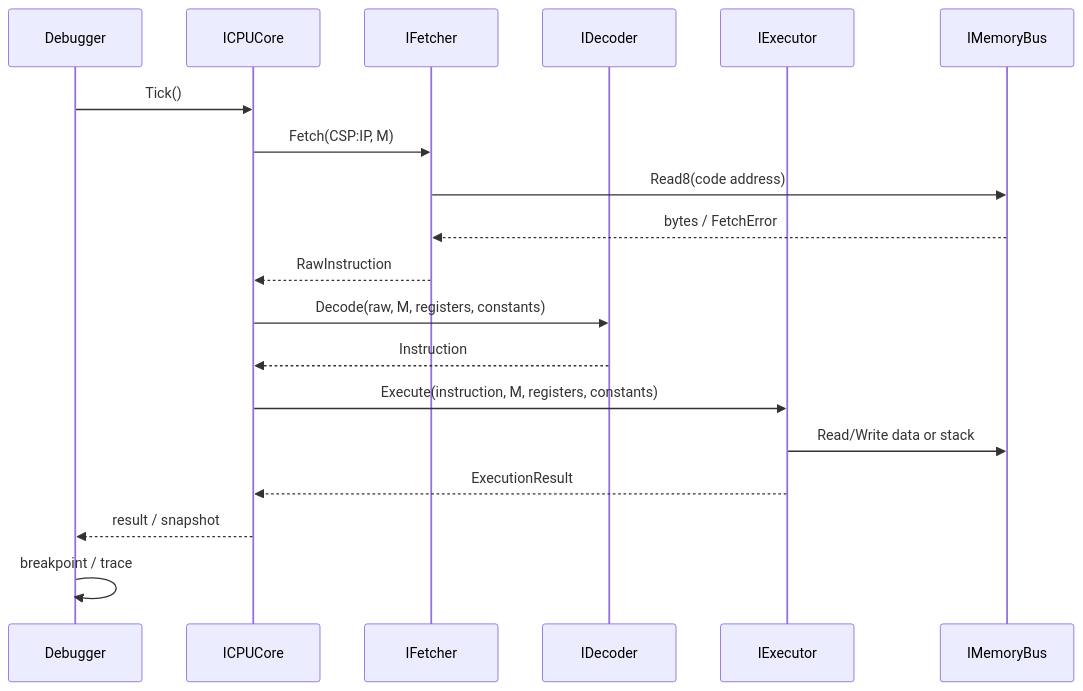
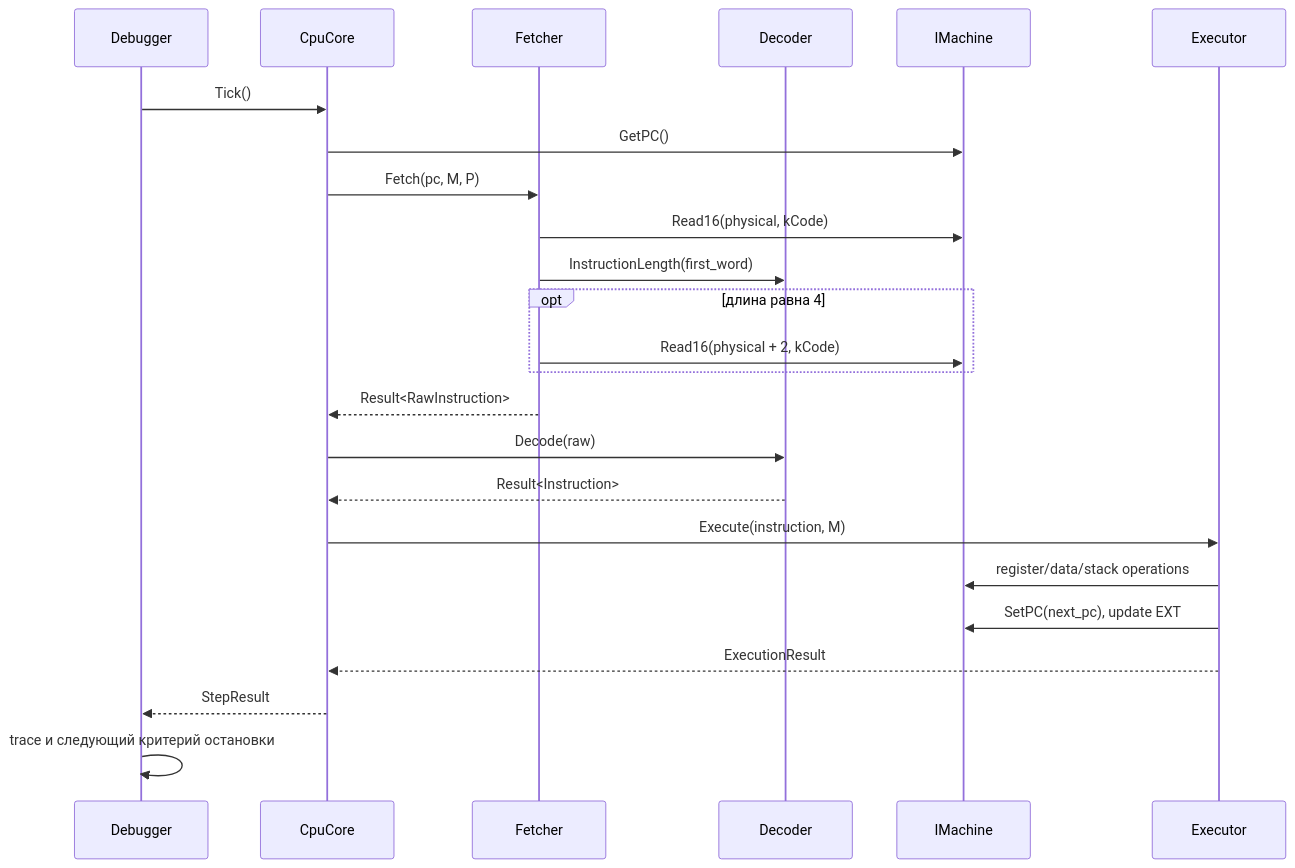
Before and after one commit to sigmochka1337/Siemens-Infineon-C166-Emulator: the second of 2 diagrams in docs/architecture.md, drawn with Mermaid. The commit also changed other lines of this file and 48 other files, not shown here.

````diff
--- a/docs/architecture.md
+++ b/docs/architecture.md
@@ -37,21 +68,26 @@
 ```mermaid
 sequenceDiagram
   participant D as Debugger
-  participant K as ICPUCore
-  participant F as IFetcher
-  participant X as IDecoder
-  participant E as IExecutor
-  participant M as IMemoryBus
-  D->>K: Tick()
-  K->>F: Fetch(CSP:IP, M)
-  F->>M: Read8(code address)
-  M-->>F: bytes / FetchError
-  F-->>K: RawInstruction
-  K->>X: Decode(raw, M, registers, constants)
-  X-->>K: Instruction
-  K->>E: Execute(instruction, M, registers, constants)
-  E->>M: Read/Write data or stack
-  E-->>K: ExecutionResult
-  K-->>D: result / snapshot
-  D->>D: breakpoint / trace
+  participant C as CpuCore
+  participant F as Fetcher
+  participant P as Decoder
+  participant M as IMachine
+  participant E as Executor
+  D->>C: Tick()
+  C->>M: GetPC()
+  C->>F: Fetch(pc, M, P)
+  F->>M: Read16(physical, kCode)
+  F->>P: InstructionLength(first_word)
+  opt длина равна 4
+    F->>M: Read16(physical + 2, kCode)
+  end
+  F-->>C: Result<RawInstruction>
+  C->>P: Decode(raw)
+  P-->>C: Result<Instruction>
+  C->>E: Execute(instruction, M)
+  E->>M: register/data/stack operations
+  E->>M: SetPC(next_pc), update EXT
+  E-->>C: ExecutionResult
+  C-->>D: StepResult
+  D->>D: trace и следующий критерий остановки
 ```
````
